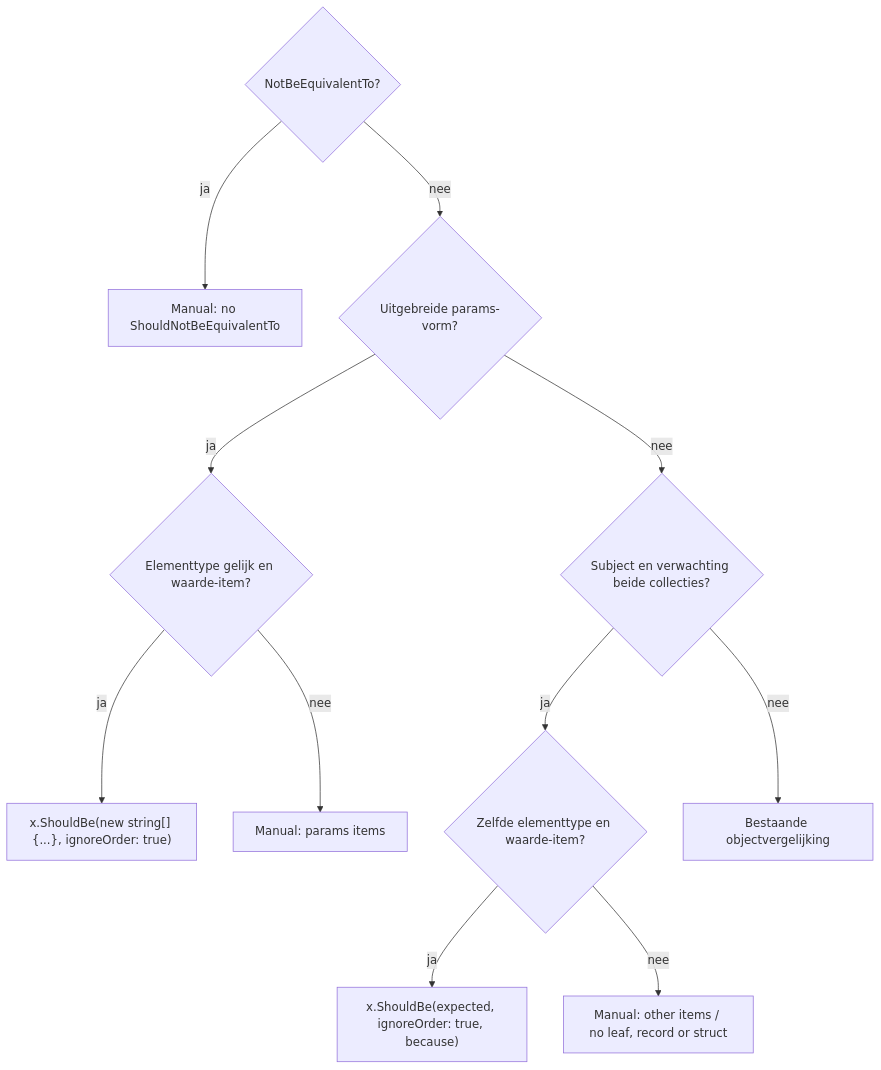
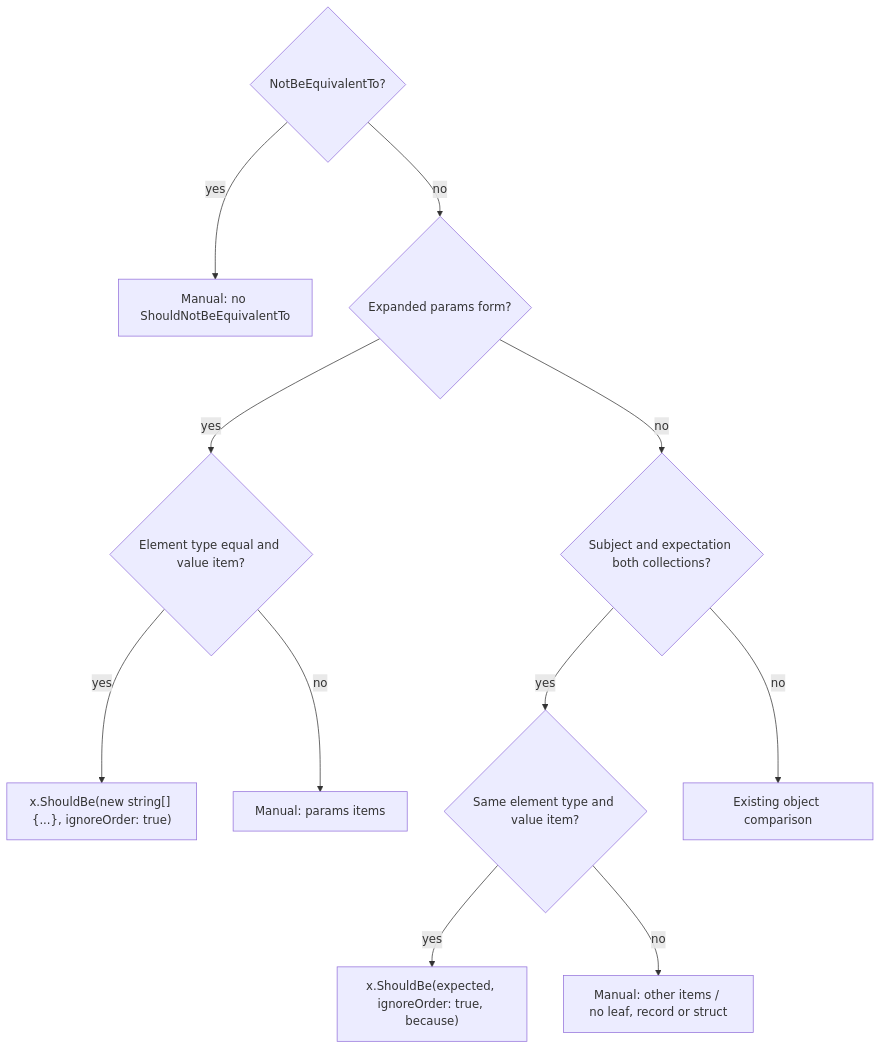
One commit to ATkingma/unshackle changed the third of 3 diagrams in docs/projectinfo/patterns/fa-be-equivalent-to-collection-modellen.md. Above: the diagram before and after it, drawn with Mermaid. The commit also changed other lines of this file and 415 other files, not shown here.

````diff
--- a/docs/projectinfo/patterns/fa-be-equivalent-to-collection-modellen.md
+++ b/docs/projectinfo/patterns/fa-be-equivalent-to-collection-modellen.md
@@ -44,13 +44,13 @@
 ```mermaid
 flowchart TD
-    A{NotBeEquivalentTo?} -- ja --> M1[Manual: no ShouldNotBeEquivalentTo]
-    A -- nee --> B{Uitgebreide params-vorm?}
-    B -- ja --> C{Elementtype gelijk en waarde-item?}
-    C -- ja --> F1["x.ShouldBe(new string[] {...}, ignoreOrder: true)"]
-    C -- nee --> M2[Manual: params items]
-    B -- nee --> D{Subject en verwachting beide collecties?}
-    D -- ja --> E{Zelfde elementtype en waarde-item?}
-    E -- ja --> F2["x.ShouldBe(expected, ignoreOrder: true, because)"]
-    E -- nee --> M3[Manual: other items / no leaf, record or struct]
-    D -- nee --> G[Bestaande objectvergelijking]
+    A{NotBeEquivalentTo?} -- yes --> M1[Manual: no ShouldNotBeEquivalentTo]
+    A -- no --> B{Expanded params form?}
+    B -- yes --> C{Element type equal and value item?}
+    C -- yes --> F1["x.ShouldBe(new string[] {...}, ignoreOrder: true)"]
+    C -- no --> M2[Manual: params items]
+    B -- no --> D{Subject and expectation both collections?}
+    D -- yes --> E{Same element type and value item?}
+    E -- yes --> F2["x.ShouldBe(expected, ignoreOrder: true, because)"]
+    E -- no --> M3[Manual: other items / no leaf, record or struct]
+    D -- no --> G[Existing object comparison]
 ```
````
